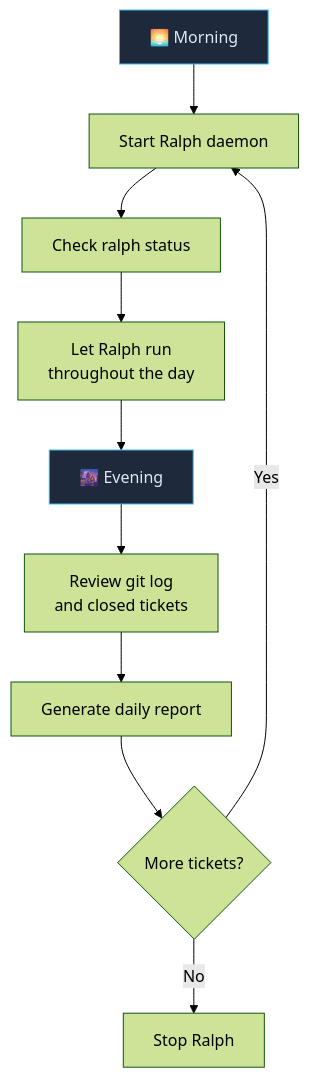
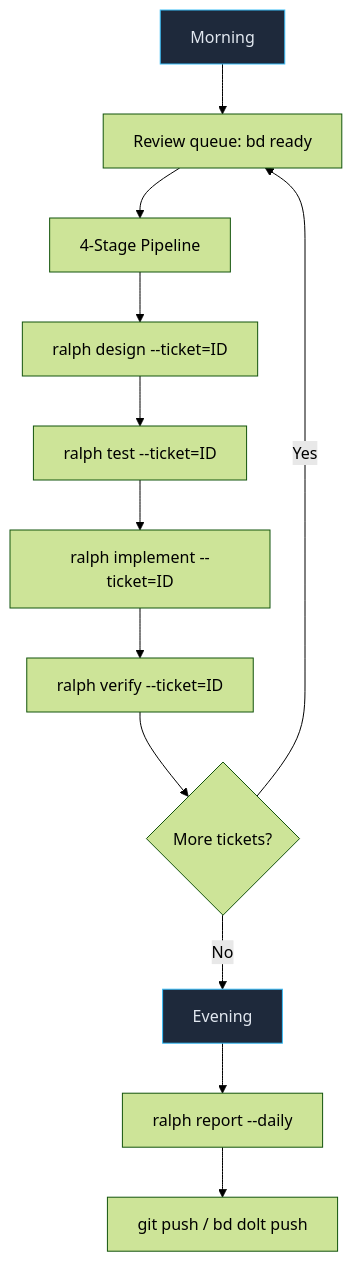
The diagram in docs/DAILY_USAGE.md (samdharma/ralph_loop), drawn with Mermaid (forest theme) before and after one commit. The commit also changed other lines of this file and 8 other files, not shown here.

First line of the commit message:
docs: comprehensive documentation update for v1.2 4-stage pipeline

````diff
--- a/docs/DAILY_USAGE.md
+++ b/docs/DAILY_USAGE.md
@@ -9,15 +11,17 @@
 ```mermaid
 graph TD
-    MORNING[🌅 Morning] --> START[Start Ralph daemon]
-    START --> CHECK[Check ralph status]
-    CHECK --> DAY[Let Ralph run<br/>throughout the day]
-    DAY --> EVENING[🌆 Evening]
-    EVENING --> REVIEW[Review git log<br/>and closed tickets]
-    REVIEW --> REPORT[Generate daily report]
-    REPORT --> STOP{More tickets?}
-    STOP -->|Yes| START
-    STOP -->|No| KILL[Stop Ralph]
+    MORNING[Morning] --> REVIEW[Review queue: bd ready]
+    REVIEW --> PIPELINE[4-Stage Pipeline]
+    PIPELINE --> DESIGN[ralph design --ticket=ID]
+    DESIGN --> TEST[ralph test --ticket=ID]
+    TEST --> IMPLEMENT[ralph implement --ticket=ID]
+    IMPLEMENT --> VERIFY[ralph verify --ticket=ID]
+    VERIFY --> NEXT{More tickets?}
+    NEXT -->|Yes| REVIEW
+    NEXT -->|No| EVENING[Evening]
+    EVENING --> REPORT[ralph report --daily]
+    REPORT --> PUSH[git push / bd dolt push]
 
     style MORNING fill:#1e293b,stroke:#38bdf8,color:#e2e8f0
     style EVENING fill:#1e293b,stroke:#38bdf8,color:#e2e8f0
 ```
````
